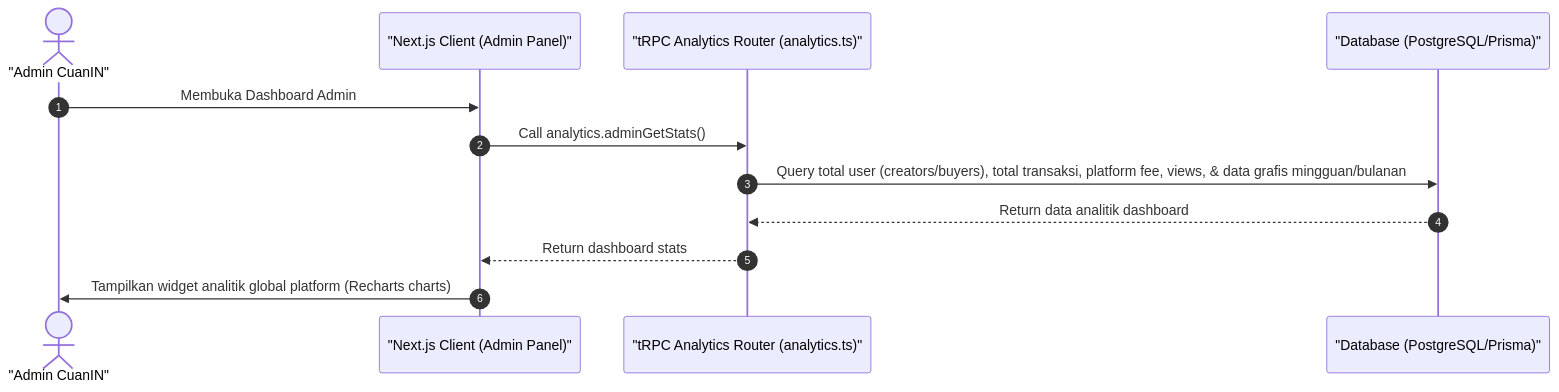
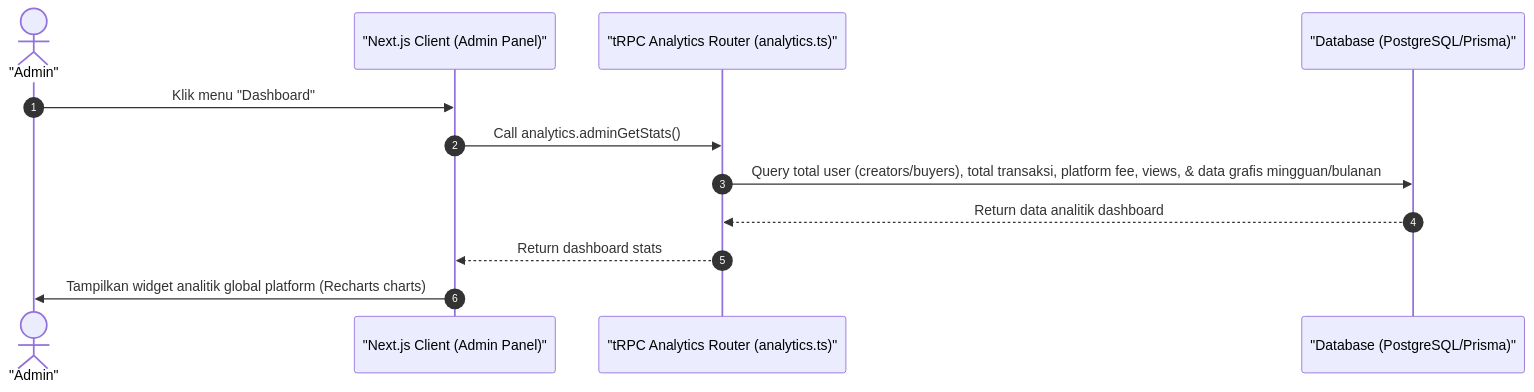
One commit to luputer/CuanIN changed the diagram in docs/01-admin-dashboard.md. Above: the diagram before and after it, drawn with Mermaid. The commit also changed 53 other files, not shown here.

````diff
--- a/docs/01-admin-dashboard.md
+++ b/docs/01-admin-dashboard.md
@@ -5,16 +5,16 @@
 ```mermaid
 sequenceDiagram
     autonumber
-    actor Admin as "Admin CuanIN"
+    actor Admin as "Admin"
     participant Client as "Next.js Client (Admin Panel)"
     participant Server as "tRPC Analytics Router (analytics.ts)"
     participant DB as "Database (PostgreSQL/Prisma)"
 
-    Admin->>Client: Membuka Dashboard Admin
+    Admin->>Client: Klik menu "Dashboard"
     Client->>Server: Call analytics.adminGetStats()
     Server->>DB: Query total user (creators/buyers), total transaksi, platform fee, views, & data grafis mingguan/bulanan
     DB-->>Server: Return data analitik dashboard
     Server-->>Client: Return dashboard stats
     Client->>Admin: Tampilkan widget analitik global platform (Recharts charts)
 
 ```
````
